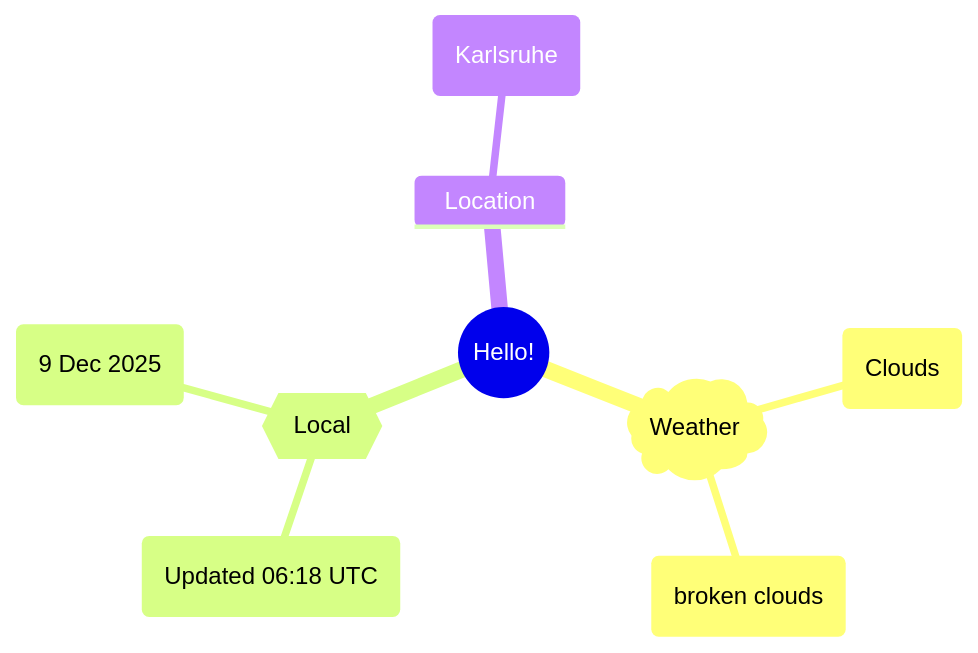
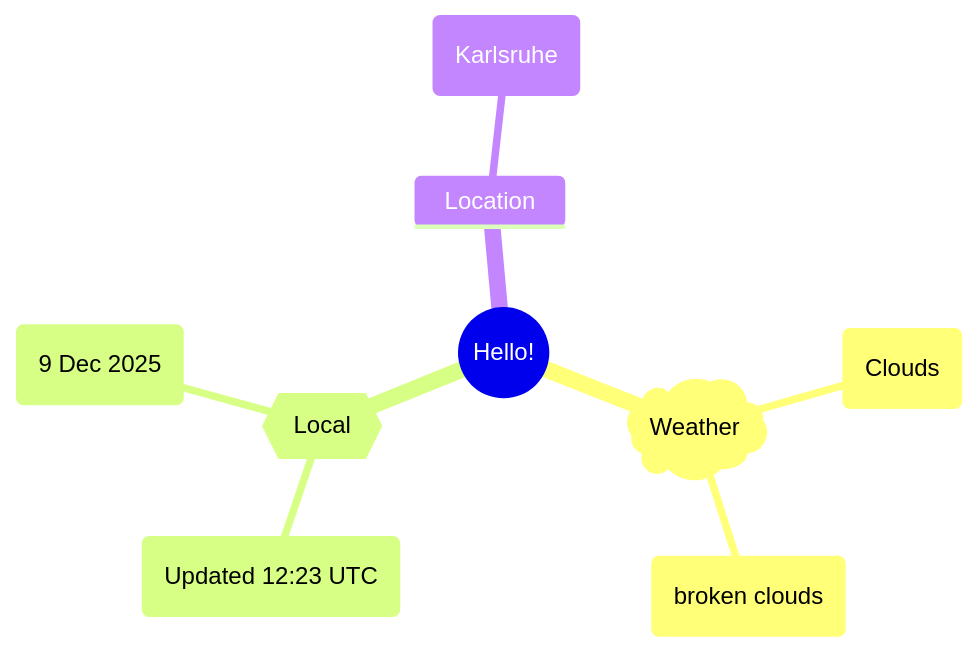
One commit to Xosrov/Xosrov changed the first of 2 diagrams in README.md. Above: the diagram before and after it, drawn with Mermaid.

Commit message:
[bot] updated images

````diff
--- a/README.md
+++ b/README.md
@@ -3,12 +3,12 @@
 ```mermaid
 mindmap
   root((Hello!))
     )Weather(
         (Clouds)
         (broken clouds)
     {{Local}}
-        (Updated 06:18 UTC)
+        (Updated 12:23 UTC)
         (9 Dec 2025)
     Location
         (Karlsruhe)
 ```
````
